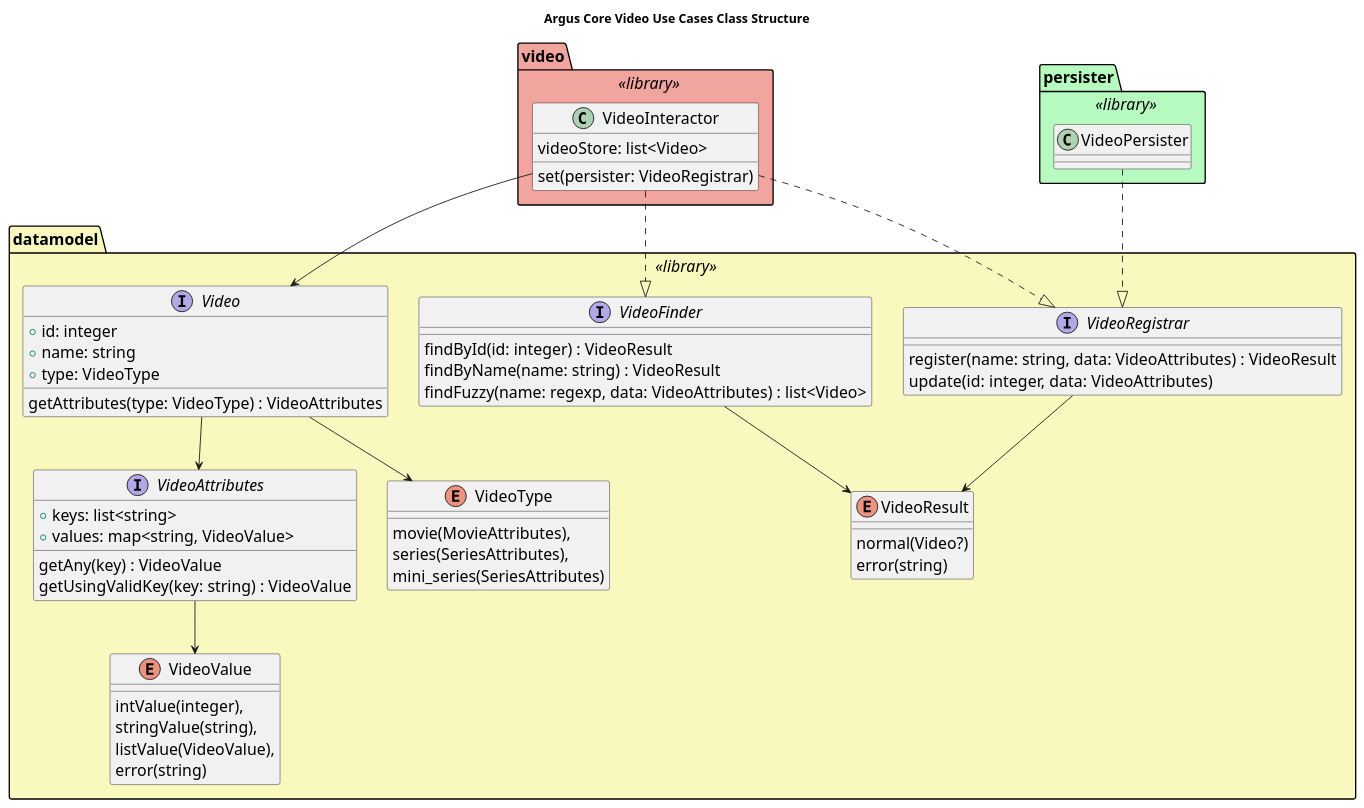
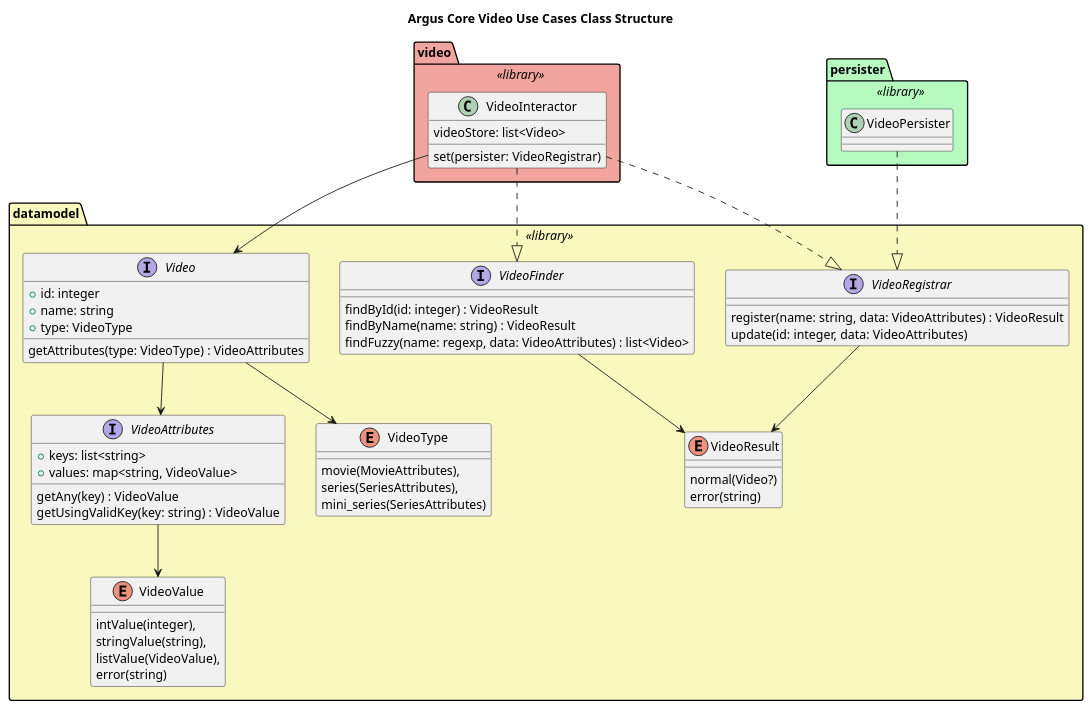
Before and after one commit to pajato/ArgusDesign: the second of 2 diagrams in notes.org, drawn with PlantUML. The commit also changed 1 other file, not shown here.

Commit message:
Try using the default default font size.

```diff
--- a/notes.org
+++ b/notes.org
@@ -71,77 +71,77 @@
 #+begin_src plantuml :file videoUseCasesClassStructure.png
 title Argus Core Video Use Cases Class Structure
 
 package datamodel <<library>> #F9F8BF {
 
   enum VideoType {
     movie(MovieAttributes),
     series(SeriesAttributes),
     mini_series(SeriesAttributes)
   }
 
   enum VideoValue {
     intValue(integer),
     stringValue(string),
     listValue(VideoValue),
     error(string)
   }
 
   enum VideoResult {
     normal(Video?)
     error(string)
   }
 
   interface VideoAttributes {
     + keys: list<string>
     + values: map<string, VideoValue>
     getAny(key) : VideoValue
     getUsingValidKey(key: string) : VideoValue
   }
 
   interface VideoFinder {
     findById(id: integer) : VideoResult
     findByName(name: string) : VideoResult
     findFuzzy(name: regexp, data: VideoAttributes) : list<Video>
   }
 
   interface VideoRegistrar {
     register(name: string, data: VideoAttributes) : VideoResult
     update(id: integer, data: VideoAttributes)
   }
 
   interface Video {
     + id: integer
     + name: string
     + type: VideoType
     getAttributes(type: VideoType) : VideoAttributes
   }
 
   VideoAttributes --> VideoValue
   Video --> VideoType
   Video --> VideoAttributes
   VideoFinder --> VideoResult
   VideoRegistrar --> VideoResult
 
 }
 
 package video <<library>> #F2A49F {
 
   class VideoInteractor {
     videoStore: list<Video>
     set(persister: VideoRegistrar)
   }
 
 }
 
 package persister <<library>> #B7FAC0 {
   class VideoPersister
 }
 
 VideoPersister ..|> VideoRegistrar
 VideoInteractor ..|> VideoRegistrar
 VideoInteractor ..|> VideoFinder
 VideoInteractor --> Video
 
-skinparam defaultFontSize 18
+'skinparam defaultFontSize 18
 
 #+end_src
```
